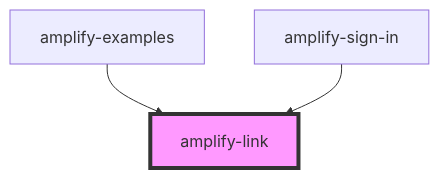
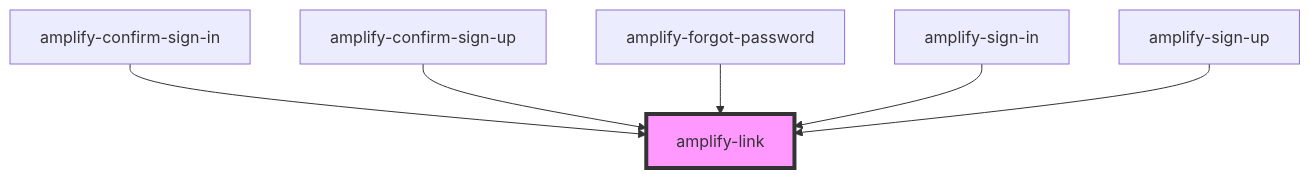
Before and after one commit to OneDev0411/amplify-js: the diagram in packages/amplify-ui-components/src/components/amplify-link/readme.md, drawn with Mermaid. The commit also changed other lines of this file and 241 other files, not shown here.

````diff
--- a/packages/amplify-ui-components/src/components/amplify-link/readme.md
+++ b/packages/amplify-ui-components/src/components/amplify-link/readme.md
@@ -24,6 +24,9 @@
 ```mermaid
 graph TD;
-  amplify-examples --> amplify-link
+  amplify-confirm-sign-in --> amplify-link
+  amplify-confirm-sign-up --> amplify-link
+  amplify-forgot-password --> amplify-link
   amplify-sign-in --> amplify-link
+  amplify-sign-up --> amplify-link
   style amplify-link fill:#f9f,stroke:#333,stroke-width:4px
 ```
````
